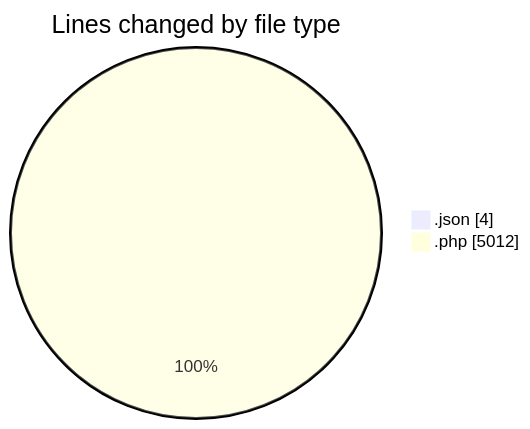
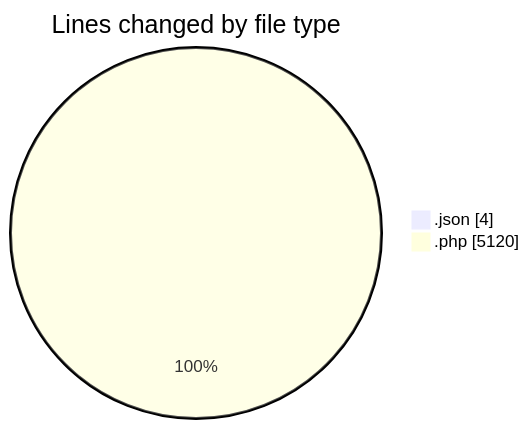
Before and after one commit to debugP/code-tracking: the first of 2 diagrams in 2026-06-30/wp-content/README.md, drawn with Mermaid. The commit also changed other lines of this file and 1 other file, not shown here.

````diff
--- a/2026-06-30/wp-content/README.md
+++ b/2026-06-30/wp-content/README.md
@@ -41,6 +41,6 @@
 ```mermaid
 pie showData
 title Lines changed by file type
 ".json" : 4
-".php" : 5012
+".php" : 5120
 ```
````
